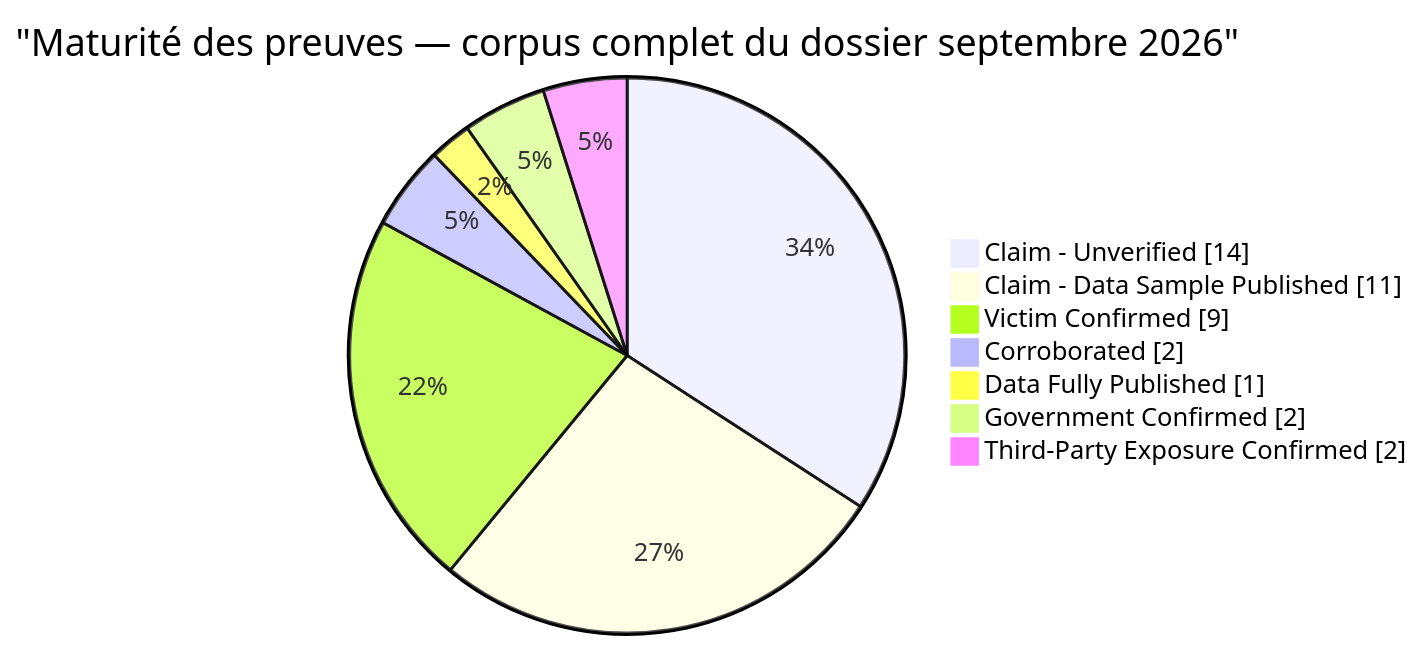
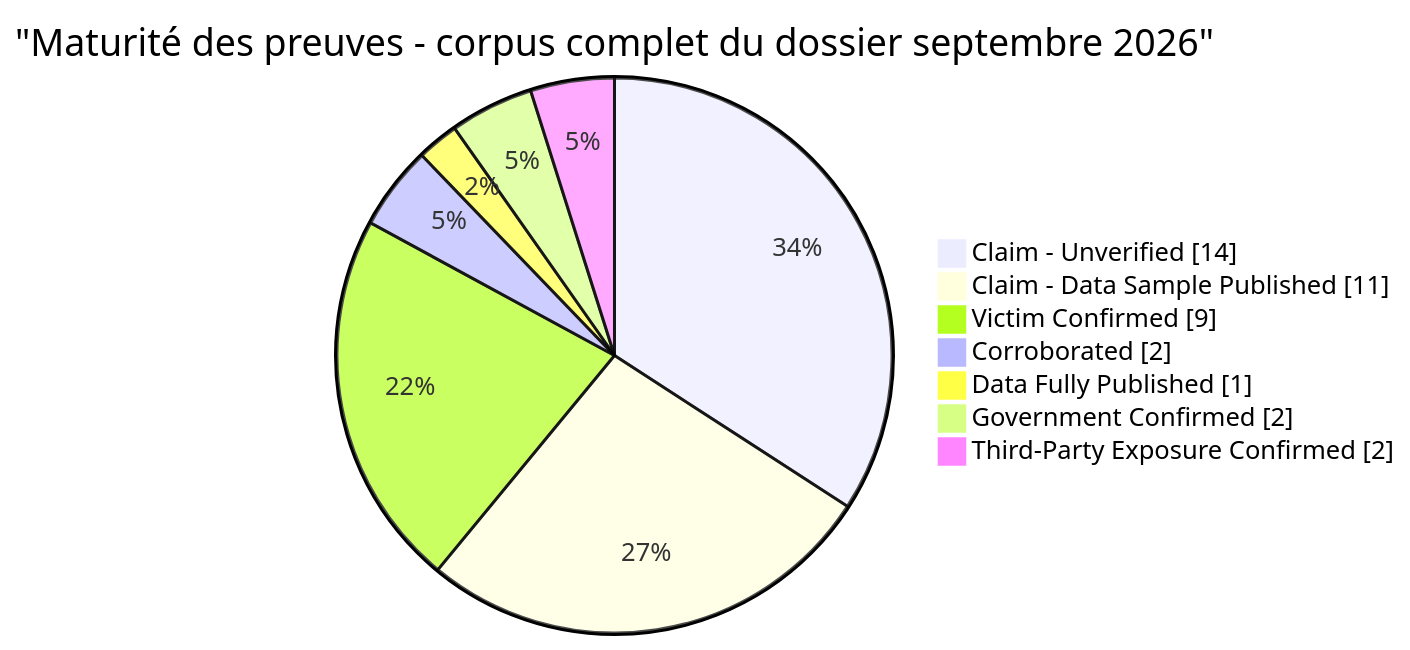
One commit to Hatchepsoute/AFRINTEL changed the eighth of 10 diagrams in CyberAttackAfrica/2026/09-september/README_FR.md. Above: the diagram before and after it, drawn with Mermaid. The commit also changed other lines of this file and 35 other files, not shown here.

````diff
--- a/CyberAttackAfrica/2026/09-september/README_FR.md
+++ b/CyberAttackAfrica/2026/09-september/README_FR.md
@@ -225,11 +225,11 @@
 ```mermaid
 pie showData
-    title "Maturité des preuves — corpus complet du dossier septembre 2026"
+    title "Maturité des preuves  -  corpus complet du dossier septembre 2026"
     "Claim - Unverified" : 14
     "Claim - Data Sample Published" : 11
     "Victim Confirmed" : 9
     "Corroborated" : 2
     "Data Fully Published" : 1
     "Government Confirmed" : 2
     "Third-Party Exposure Confirmed" : 2
 ```
````
